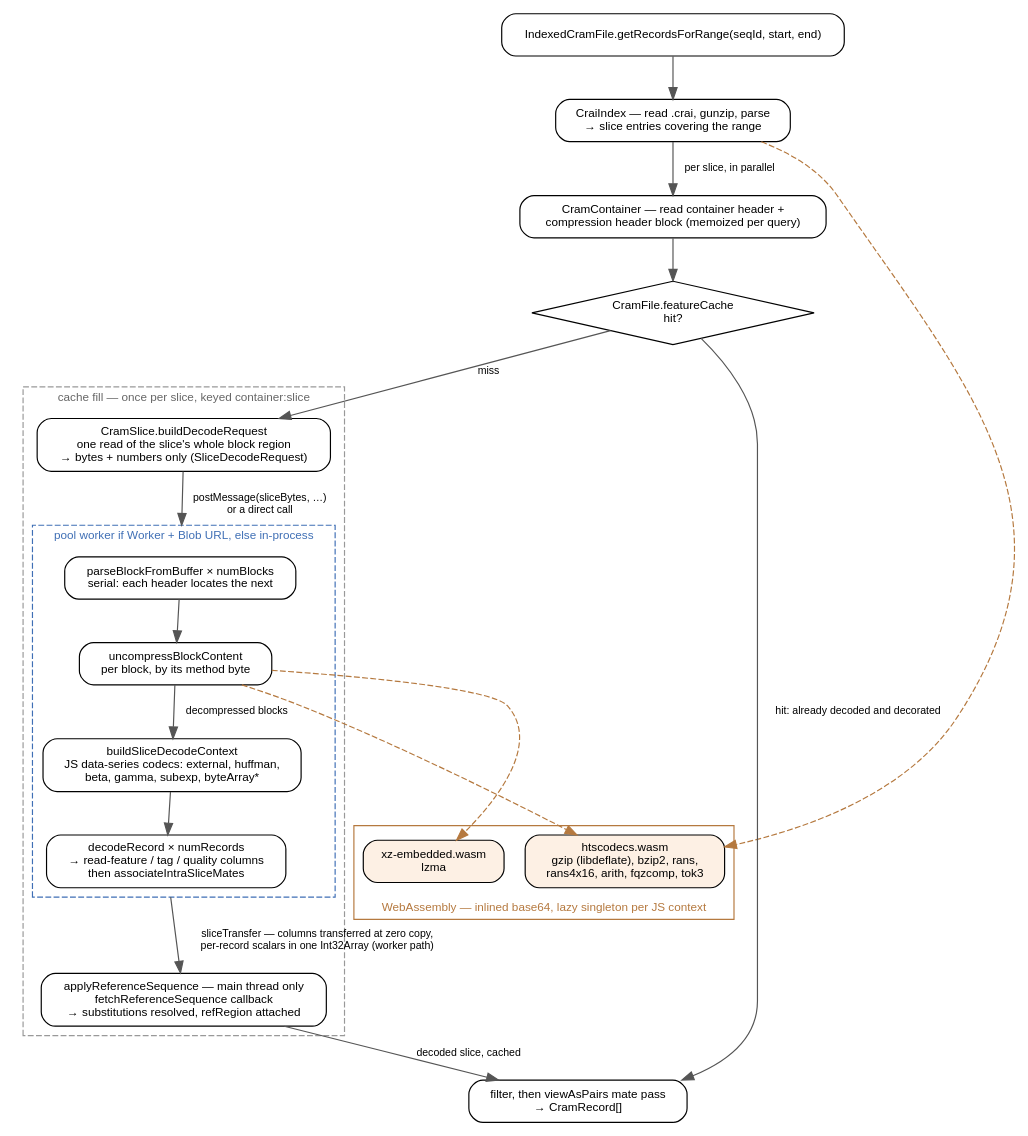
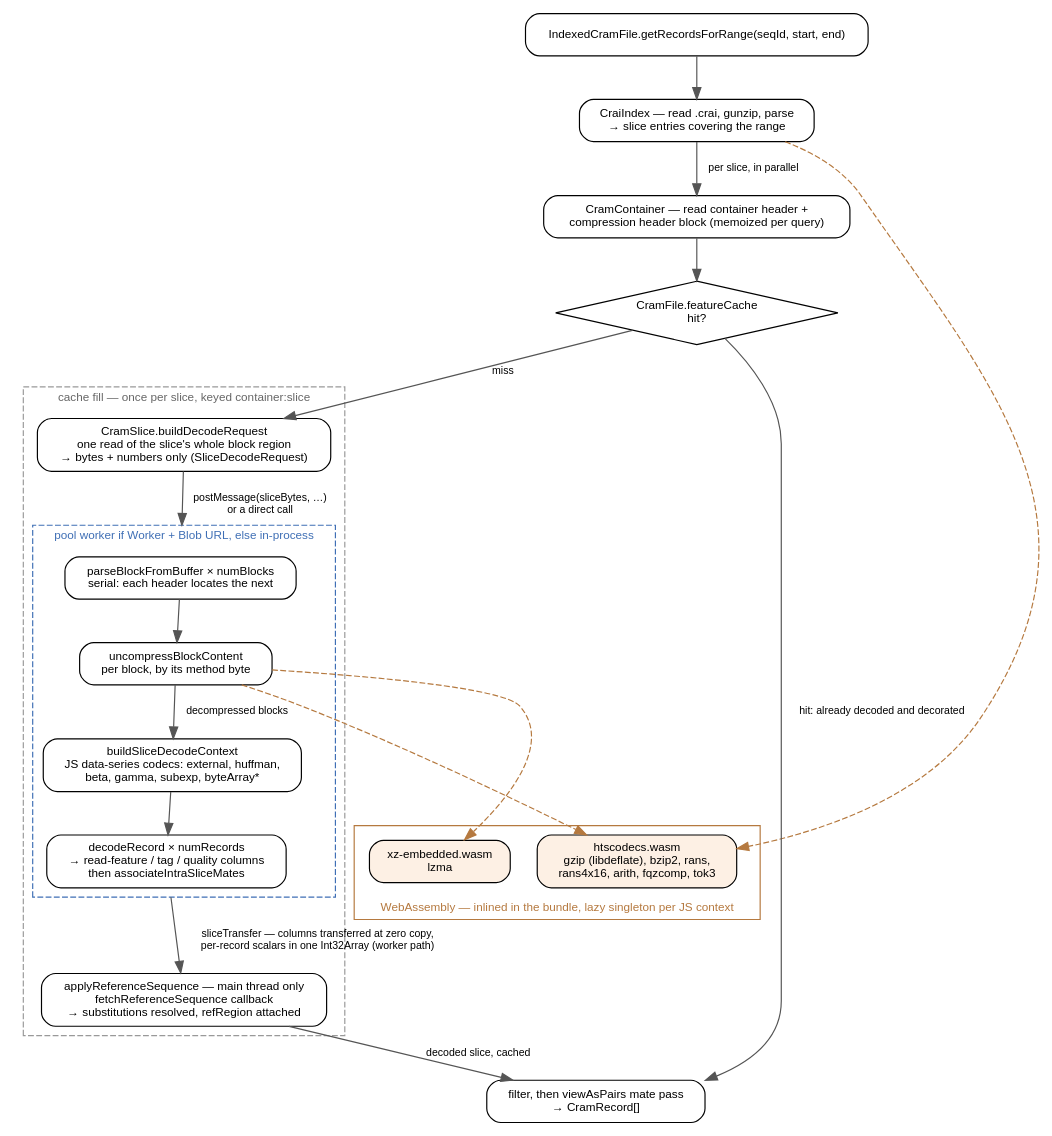
One commit to GMOD/cram-js changed the diagram in docs/dataflow.dot. Above: the diagram before and after it, drawn with Graphviz. The commit also changed 5 other files, not shown here.

First line of the commit message:
docs: a dataflow.md, so the diagram has prose around it

```diff
--- a/docs/dataflow.dot
+++ b/docs/dataflow.dot
@@ -1,60 +1,60 @@
 digraph cram {
   rankdir=TB
   compound=true
   newrank=true
   fontname="Helvetica"
   node [shape=box style=rounded fontname="Helvetica" fontsize=10 margin="0.14,0.08"]
   edge [fontname="Helvetica" fontsize=9 color="#555555"]
 
   query [label="IndexedCramFile.getRecordsForRange(seqId, start, end)"]
   crai  [label="CraiIndex — read .crai, gunzip, parse\n→ slice entries covering the range"]
   cont  [label="CramContainer — read container header +\ncompression header block (memoized per query)"]
   cache [label="CramFile.featureCache\nhit?" shape=diamond style="" height=0.75 width=2.2]
   out   [label="filter, then viewAsPairs mate pass\n→ CramRecord[]"]
 
   subgraph cluster_fill {
     label="cache fill — once per slice, keyed container:slice"
     color="#999999" fontcolor="#666666" fontsize=10 style=dashed
 
     req [label="CramSlice.buildDecodeRequest\none read of the slice's whole block region\n→ bytes + numbers only (SliceDecodeRequest)"]
 
     subgraph cluster_decode {
       label="pool worker if Worker + Blob URL, else in-process"
       color="#3f6fb5" fontcolor="#3f6fb5" fontsize=10
 
       walk  [label="parseBlockFromBuffer × numBlocks\nserial: each header locates the next"]
       uncmp [label="uncompressBlockContent\nper block, by its method byte"]
       ctx   [label="buildSliceDecodeContext\nJS data-series codecs: external, huffman,\nbeta, gamma, subexp, byteArray*"]
       recs  [label="decodeRecord × numRecords\n→ read-feature / tag / quality columns\nthen associateIntraSliceMates"]
     }
 
     ref [label="applyReferenceSequence — main thread only\nfetchReferenceSequence callback\n→ substitutions resolved, refRegion attached"]
   }
 
   subgraph cluster_wasm {
-    label="WebAssembly — inlined base64, lazy singleton per JS context"
+    label="WebAssembly — inlined in the bundle, lazy singleton per JS context"
     labelloc=b
     color="#b5793f" fontcolor="#b5793f" fontsize=10
 
     hts [label="htscodecs.wasm\ngzip (libdeflate), bzip2, rans,\nrans4x16, arith, fqzcomp, tok3" style="rounded,filled" fillcolor="#fdf0e4"]
     xz  [label="xz-embedded.wasm\nlzma" style="rounded,filled" fillcolor="#fdf0e4"]
   }
 
   query -> crai
   crai  -> cont  [label="  per slice, in parallel"]
   cont  -> cache
   cache -> req   [label="  miss"]
   req   -> walk  [label="  postMessage(sliceBytes, …)\n  or a direct call" lhead=cluster_decode]
   walk  -> uncmp
   uncmp -> ctx   [label="  decompressed blocks"]
   ctx   -> recs
   recs  -> ref   [label="  sliceTransfer — columns transferred at zero copy,\n  per-record scalars in one Int32Array (worker path)" ltail=cluster_decode]
   ref   -> out   [label="  decoded slice, cached"]
   cache -> out   [label="  hit: already decoded and decorated"]
 
   crai  -> hts   [style=dashed color="#b5793f" constraint=false]
   uncmp -> hts   [style=dashed color="#b5793f" constraint=false]
   uncmp -> xz    [style=dashed color="#b5793f" constraint=false]
 
   { rank=same; recs; hts; xz }
 }
```
